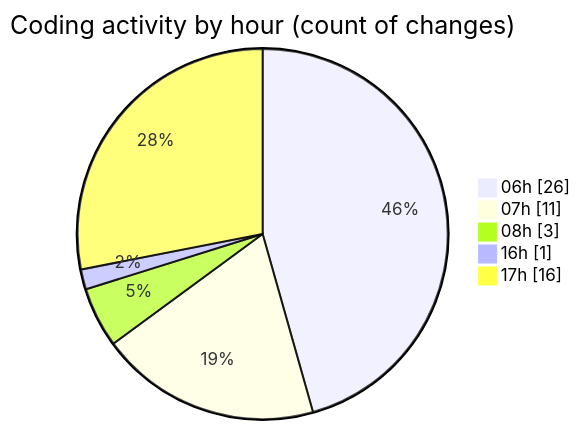
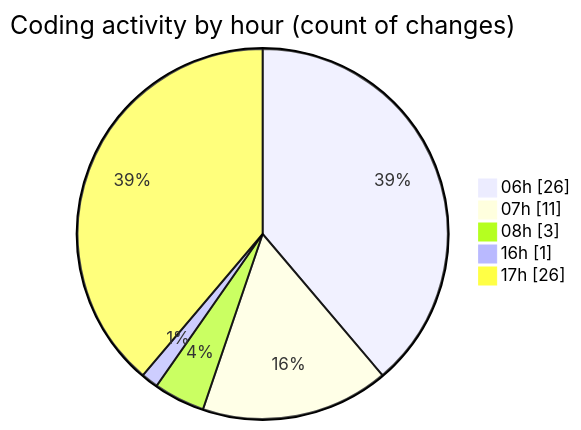
One commit to robertbonfada/code-tracking changed the second of 2 diagrams in 2025-01-30/mbc-web/README.md. Above: the diagram before and after it, drawn with Mermaid. The commit also changed other lines of this file and 1 other file, not shown here.

````diff
--- a/2025-01-30/mbc-web/README.md
+++ b/2025-01-30/mbc-web/README.md
@@ -39,9 +39,9 @@
 ```mermaid
 pie showData
 title Coding activity by hour (count of changes)
 "06h" : 26
 "07h" : 11
 "08h" : 3
 "16h" : 1
-"17h" : 16
+"17h" : 26
 ```
````
